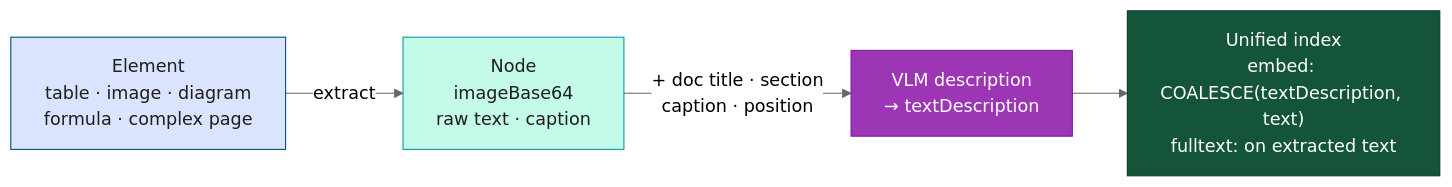
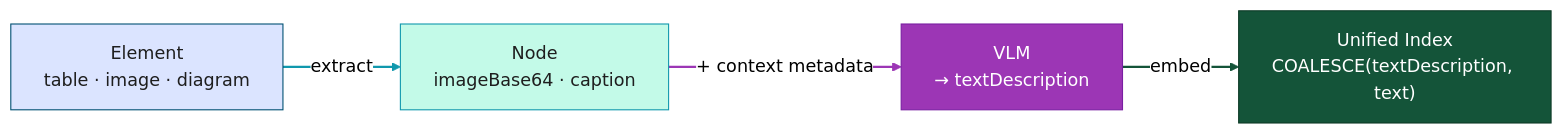
The fifth of 13 diagrams in outputs/Graph_Intelligence_Technical_DeepDive.md (joy-neo4j/graph-intelligence-agent), drawn with Mermaid (neutral theme) before and after one commit. The commit also changed other lines of this file and 1 other file, not shown here.

````diff
--- a/outputs/Graph_Intelligence_Technical_DeepDive.md
+++ b/outputs/Graph_Intelligence_Technical_DeepDive.md
@@ -400,10 +421,13 @@
 ```mermaid
 flowchart LR
-    El["Element<br/>table · image · diagram<br/>formula · complex page"] -->|extract| N["Node<br/>imageBase64<br/>raw text · caption"]
-    N -->|"+ doc title · section<br/>caption · position"| VLM["VLM description<br/>→ textDescription"]
-    VLM --> Idx["Unified index<br/>embed: COALESCE(textDescription, text)<br/>fulltext: on extracted text"]
+    El["Element<br/>table · image · diagram"] -->|"extract"| N["Node<br/>imageBase64 · caption"]
+    N -->|"+ context metadata"| VLM["VLM<br/>→ textDescription"]
+    VLM -->|"embed"| Idx["Unified Index<br/>COALESCE(textDescription, text)"]
     style El fill:#dbe4ff,stroke:#005073,color:#1e1e1e
     style N fill:#c3fae8,stroke:#1098ad,color:#1e1e1e
     style VLM fill:#9c36b5,stroke:#7a1fa2,color:#fff
     style Idx fill:#145439,stroke:#0d3a26,color:#fff
+    linkStyle 0 stroke:#1098ad,stroke-width:2px
+    linkStyle 1 stroke:#9c36b5,stroke-width:2px
+    linkStyle 2 stroke:#145439,stroke-width:2px
 ```
````
